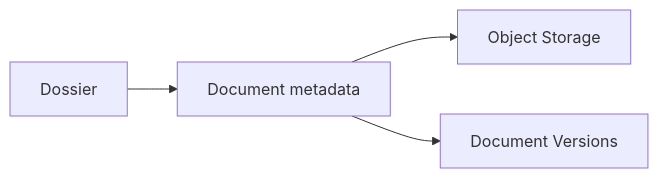
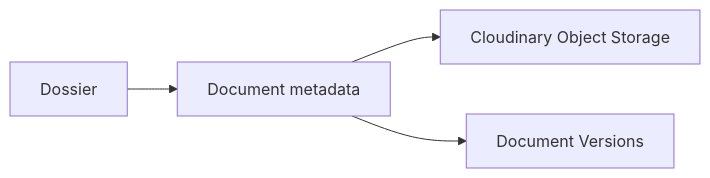
One commit to vo-huy-hoang/Sky-Lux-Business changed the seventh of 8 diagrams in docs/business-flow/README.md. Above: the diagram before and after it, drawn with Mermaid. The commit also changed 22 other files, not shown here.

Commit message:
feat: implement storage service with Cloudinary support and local fallback

````diff
--- a/docs/business-flow/README.md
+++ b/docs/business-flow/README.md
@@ -419,6 +419,6 @@
 ```mermaid
 flowchart LR
     D[Dossier] --> M[Document metadata]
-    M --> R2[Object Storage]
+    M --> CL[Cloudinary Object Storage]
     M --> V[Document Versions]
 ```
````
